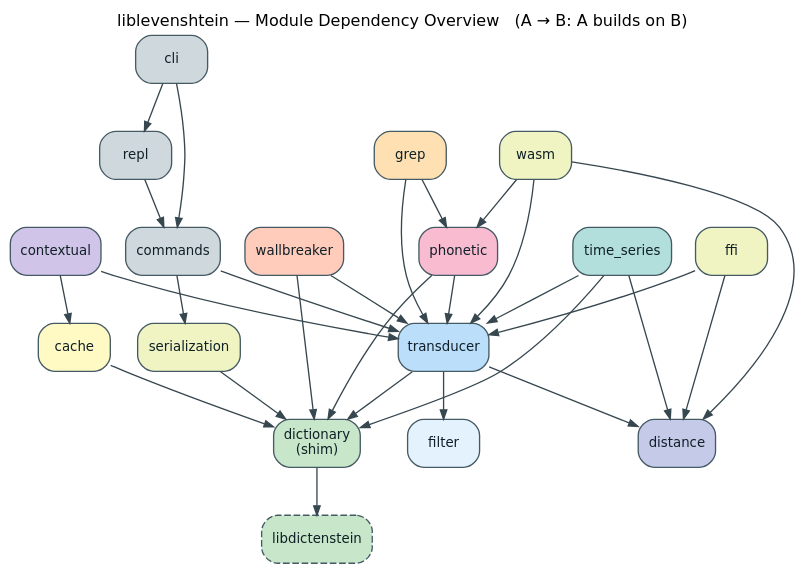
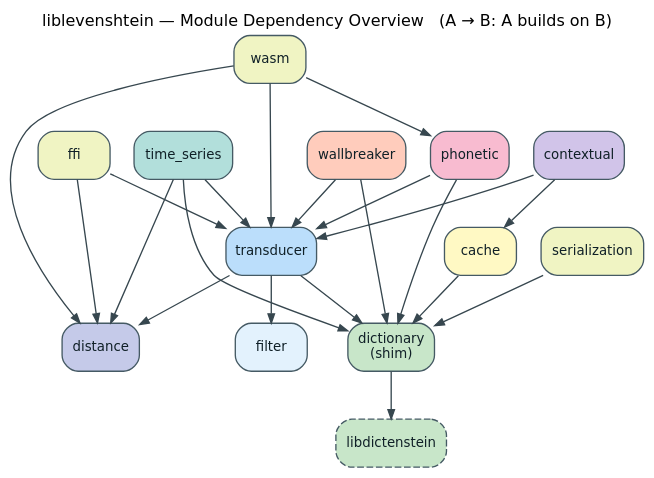
One commit to vinary-tree/liblevenshtein-rust changed the diagram in docs/diagrams/architectures/module-dependency.dot. Above: the diagram before and after it, drawn with Graphviz. The commit also changed 107 other files, not shown here.

```diff
--- a/docs/diagrams/architectures/module-dependency.dot
+++ b/docs/diagrams/architectures/module-dependency.dot
@@ -1,69 +1,56 @@
 // module-dependency.dot — conceptual dependency graph of the src/ modules.
 // An edge A -> B means "module A builds on / uses module B". Nodes are coloured
 // per the diagram legend by the subsystem each module belongs to.
 digraph modules {
   rankdir=TB;
   graph [bgcolor=transparent, fontname="DejaVu Sans", fontsize=12, labelloc=t,
          label="liblevenshtein — Module Dependency Overview   (A → B: A builds on B)"];
   node  [shape=box, style="rounded,filled", fontname="DejaVu Sans", fontsize=10,
          color="#455A64", fontcolor="#102027"];
   edge  [color="#37474F", arrowsize=0.7];
 
   // Core (blue)
   "transducer" [fillcolor="#BBDEFB"];
   "distance"   [fillcolor="#C5CAE9"];  // distance/SIMD (indigo)
   "filter"     [fillcolor="#E3F2FD"];
 
   // Dictionaries (green)
   "dictionary\n(shim)" [fillcolor="#C8E6C9"];
   "libdictenstein"     [fillcolor="#C8E6C9", style="rounded,filled,dashed"];
 
   // Engines
   "phonetic"    [fillcolor="#F8BBD0"];   // pink
   "time_series" [fillcolor="#B2DFDB"];   // deep teal
   "wallbreaker" [fillcolor="#FFCCBC"];   // deep orange
   "contextual"  [fillcolor="#D1C4E9"];   // deep purple
   "cache"       [fillcolor="#FFF9C4"];   // yellow
-  "grep"        [fillcolor="#FFE0B2"];   // amber
-
-  // Surfaces
-  "commands"      [fillcolor="#CFD8DC"];
-  "cli"           [fillcolor="#CFD8DC"];
-  "repl"          [fillcolor="#CFD8DC"];
+  // Library surfaces
   "serialization" [fillcolor="#F0F4C3"]; // lime
   "wasm"          [fillcolor="#F0F4C3"];
   "ffi"           [fillcolor="#F0F4C3"];
 
   // Core wiring
   "transducer" -> "dictionary\n(shim)";
   "transducer" -> "distance";
   "transducer" -> "filter";
   "dictionary\n(shim)" -> "libdictenstein";
 
   // Engines build on the core
   "phonetic"    -> "transducer";
   "phonetic"    -> "dictionary\n(shim)";
   "time_series" -> "transducer";
   "time_series" -> "dictionary\n(shim)";
   "time_series" -> "distance";
   "wallbreaker" -> "transducer";
   "wallbreaker" -> "dictionary\n(shim)";
   "contextual"  -> "transducer";
   "contextual"  -> "cache";
   "cache"       -> "dictionary\n(shim)";
-  "grep"        -> "phonetic";
-  "grep"        -> "transducer";
-
-  // Surfaces wrap everything
-  "commands"      -> "transducer";
-  "commands"      -> "serialization";
-  "cli"           -> "commands";
-  "cli"           -> "repl";
-  "repl"          -> "commands";
+  // Bindings and persistence wrap the reusable engines
   "serialization" -> "dictionary\n(shim)";
   "wasm"          -> "transducer";
   "wasm"          -> "phonetic";
   "wasm"          -> "distance";
   "ffi"           -> "distance";
   "ffi"           -> "transducer";
 }
```
